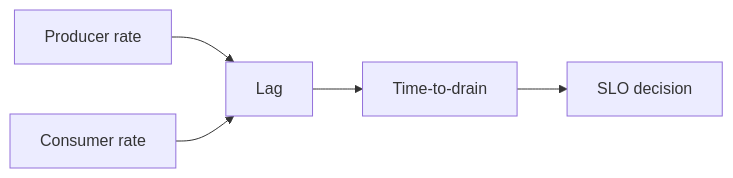
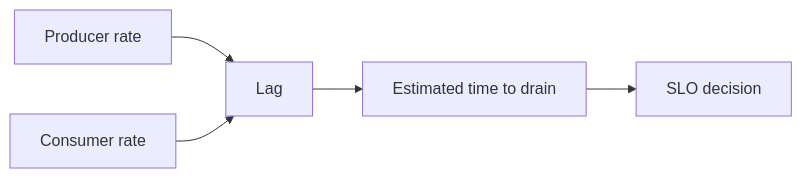
One commit to sandeepbhardwaj/sandeepbhardwaj.github.io changed the diagram in _posts/2026-06-12-kafka-observability-lag-slo-operations-part-1.md. Above: the diagram before and after it, drawn with Mermaid. The commit also changed other lines of this file and 113 other files, not shown here.

````diff
--- a/_posts/2026-06-12-kafka-observability-lag-slo-operations-part-1.md
+++ b/_posts/2026-06-12-kafka-observability-lag-slo-operations-part-1.md
@@ -126,7 +40,7 @@
-        ```mermaid
+```mermaid
 flowchart LR
     A[Producer rate] --> B[Lag]
     C[Consumer rate] --> B
-    B --> D[Time-to-drain]
+    B --> D[Estimated time to drain]
     D --> E[SLO decision]
 ```
````
